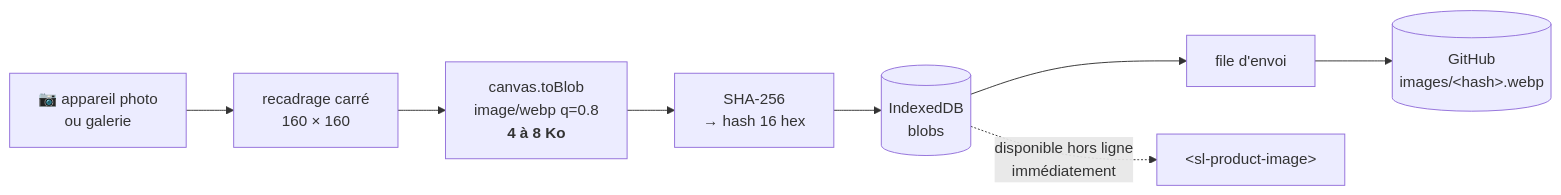
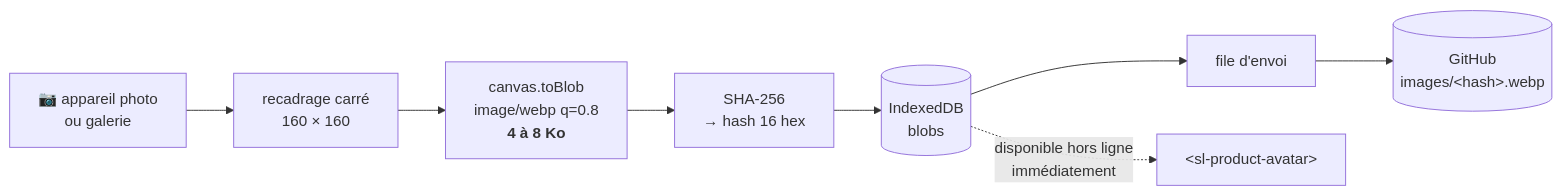
One commit to evanliomain/shared-shopping-list changed the fifth of 11 diagrams in docs/architecture.md. Above: the diagram before and after it, drawn with Mermaid. The commit also changed other lines of this file and 2 other files, not shown here.

````diff
--- a/docs/architecture.md
+++ b/docs/architecture.md
@@ -229,14 +230,14 @@
 ```mermaid
 flowchart LR
     CAM["📷 appareil photo<br/>ou galerie"]
     RESIZE["recadrage carré<br/>160 × 160"]
     ENC["canvas.toBlob<br/>image/webp q=0.8<br/><b>4 à 8 Ko</b>"]
     HASH["SHA-256<br/>→ hash 16 hex"]
     IDB[("IndexedDB<br/>blobs")]
     Q["file d'envoi"]
     GH[("GitHub<br/>images/&lt;hash&gt;.webp")]
 
     CAM --> RESIZE --> ENC --> HASH --> IDB
     IDB --> Q --> GH
-    IDB -.->|"disponible hors ligne<br/>immédiatement"| UI["&lt;sl-product-image&gt;"]
+    IDB -.->|"disponible hors ligne<br/>immédiatement"| UI["&lt;sl-product-avatar&gt;"]
 ```
````
